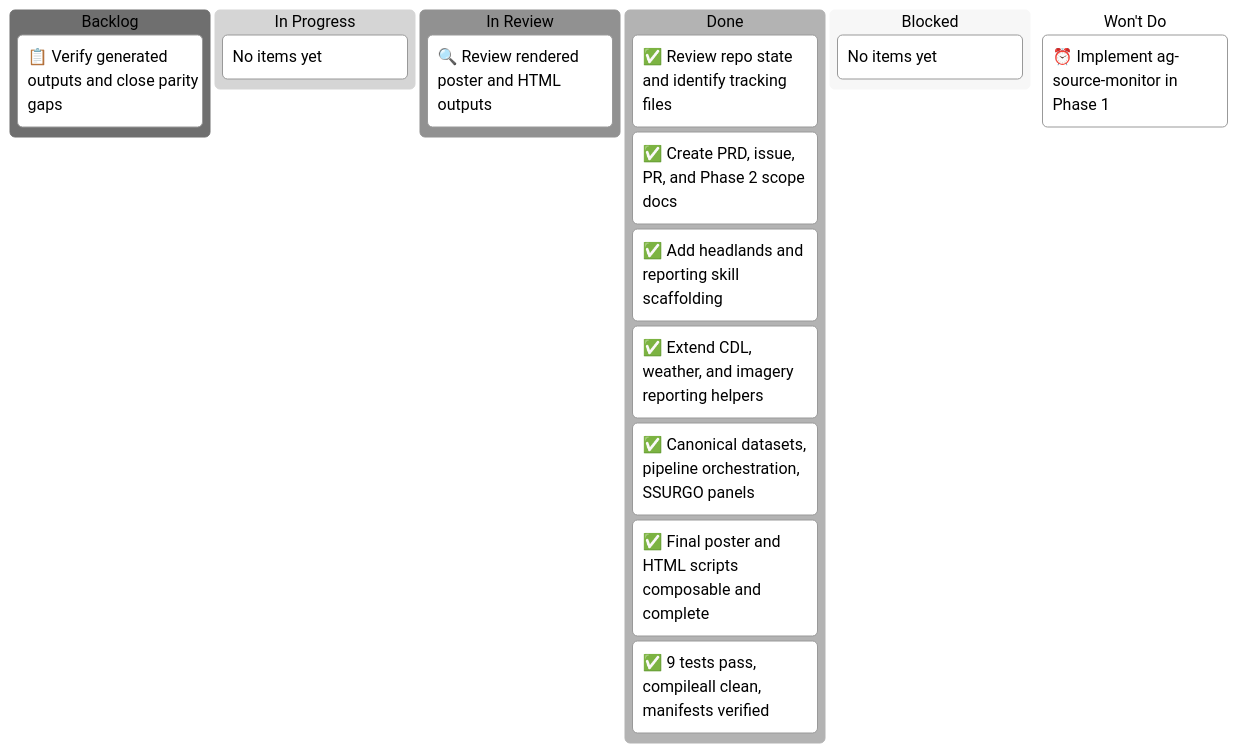
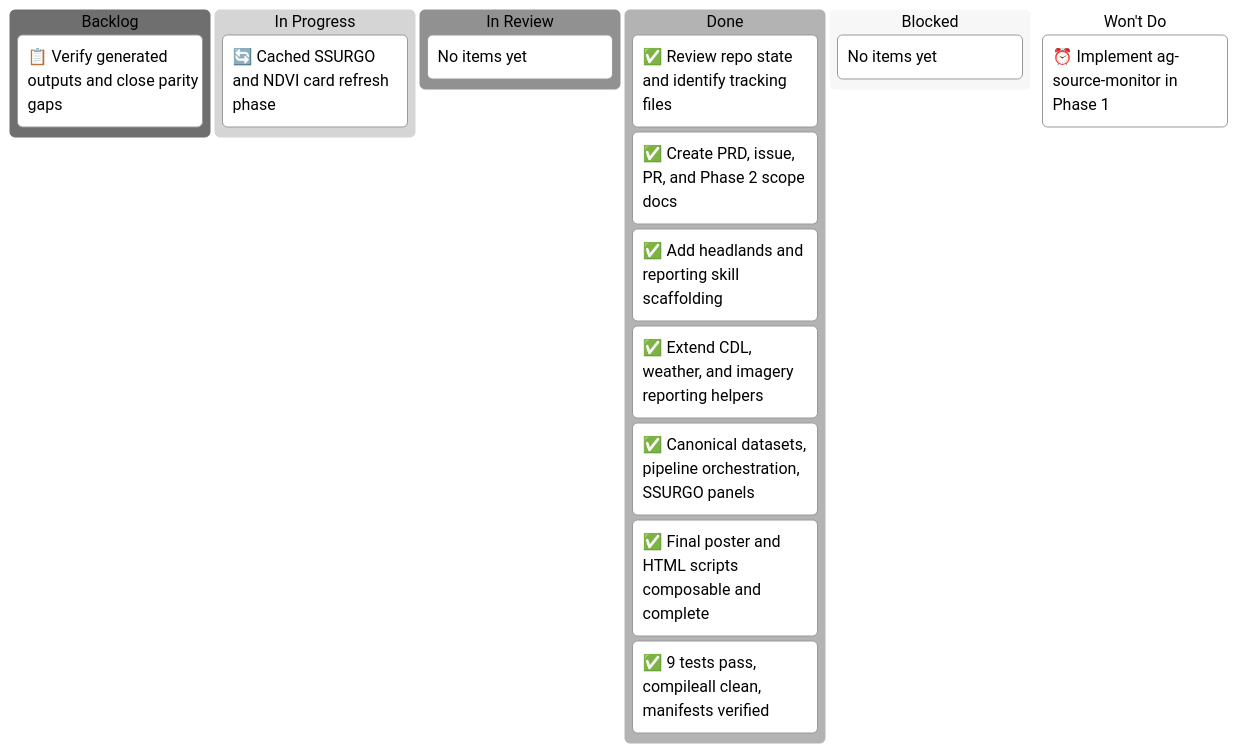
One commit to SuperiorByteWorks-LLC/ag-skills-demo changed the diagram in docs/project/kanban/project-farm-intelligence-reporting.md. Above: the diagram before and after it, drawn with Mermaid (neutral theme). The commit also changed other lines of this file and 2 other files, not shown here.

First line of the commit message:
docs(reporting): record canonical migration and NDVI spotlight refresh

````diff
--- a/docs/project/kanban/project-farm-intelligence-reporting.md
+++ b/docs/project/kanban/project-farm-intelligence-reporting.md
@@ -18,21 +18,21 @@
 ```mermaid
 kanban
     Backlog
         task1[📋 Verify generated outputs and close parity gaps]
     In Progress
+        task15[🔄 Cached SSURGO and NDVI card refresh phase]
+    In Review
         [No items yet]
-    In Review
-        task7[🔍 Review rendered poster and HTML outputs]
     Done
         task5[✅ Review repo state and identify tracking files]
         task8[✅ Create PRD, issue, PR, and Phase 2 scope docs]
         task9[✅ Add headlands and reporting skill scaffolding]
         task10[✅ Extend CDL, weather, and imagery reporting helpers]
         task12[✅ Canonical datasets, pipeline orchestration, SSURGO panels]
         task13[✅ Final poster and HTML scripts composable and complete]
         task14[✅ 9 tests pass, compileall clean, manifests verified]
     Blocked
         [No items yet]
     Won't Do
         task6[⏰ Implement ag-source-monitor in Phase 1]
 ```
````
